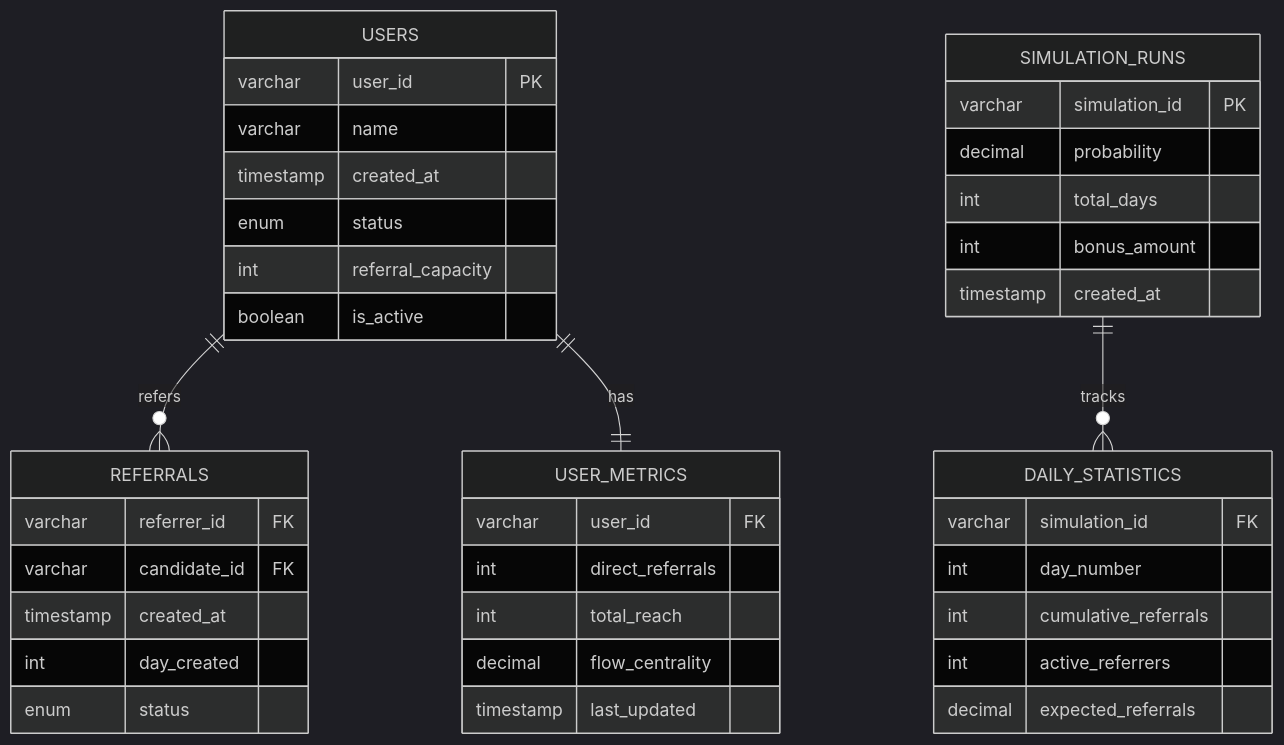
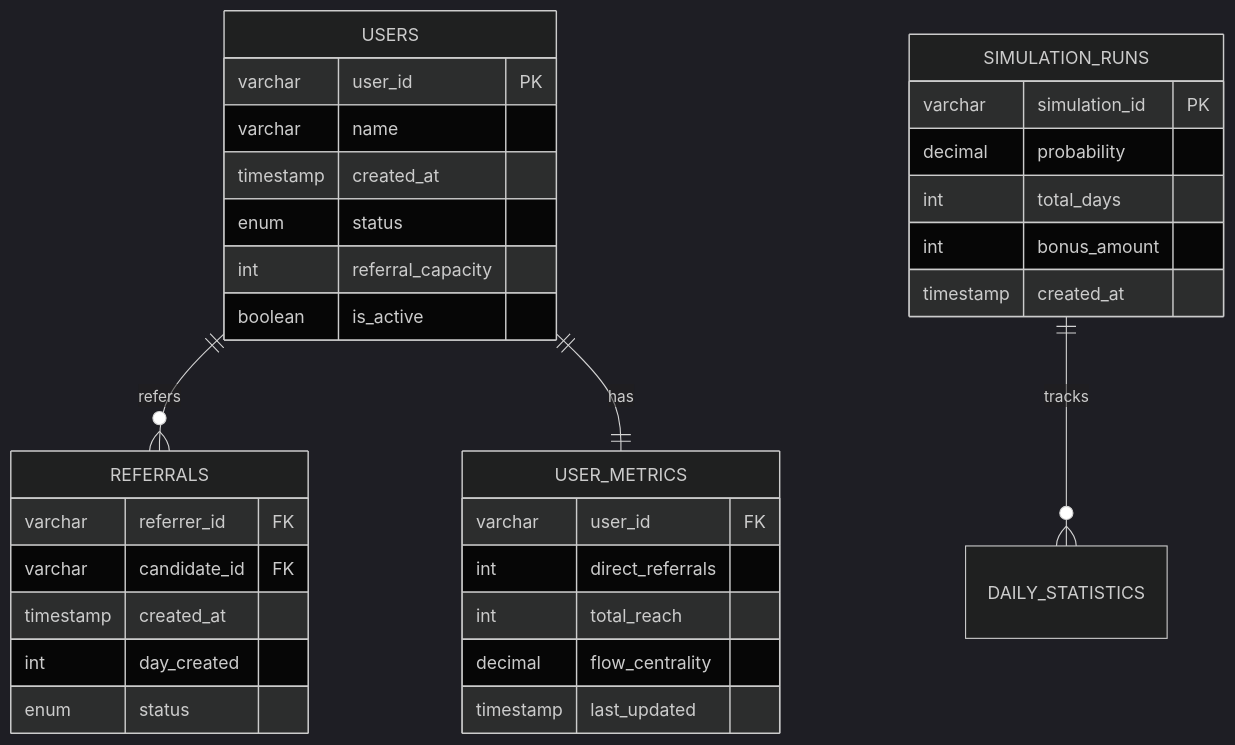
Before and after one commit to amitranjan9708/rough: the diagram in readme.md, drawn with Mermaid (dark theme). The commit also changed other lines of this file, not shown here.

````diff
--- a/readme.md
+++ b/readme.md
@@ -5,47 +5,39 @@
 ```mermaid
 erDiagram
     USERS {
         varchar user_id PK
         varchar name
         timestamp created_at
         enum status
         int referral_capacity
         boolean is_active
     }
     
     REFERRALS {
         varchar referrer_id FK
         varchar candidate_id FK
         timestamp created_at
         int day_created
         enum status
     }
     
     USER_METRICS {
         varchar user_id FK
         int direct_referrals
         int total_reach
         decimal flow_centrality
         timestamp last_updated
     }
     
     SIMULATION_RUNS {
         varchar simulation_id PK
         decimal probability
         int total_days
         int bonus_amount
         timestamp created_at
     }
-    
-    DAILY_STATISTICS {
-        varchar simulation_id FK
-        int day_number
-        int cumulative_referrals
-        int active_referrers
-        decimal expected_referrals
-    }
 
     USERS ||--o{ REFERRALS : "refers"
     USERS ||--|| USER_METRICS : "has"
     SIMULATION_RUNS ||--o{ DAILY_STATISTICS : "tracks"
 ```
````
